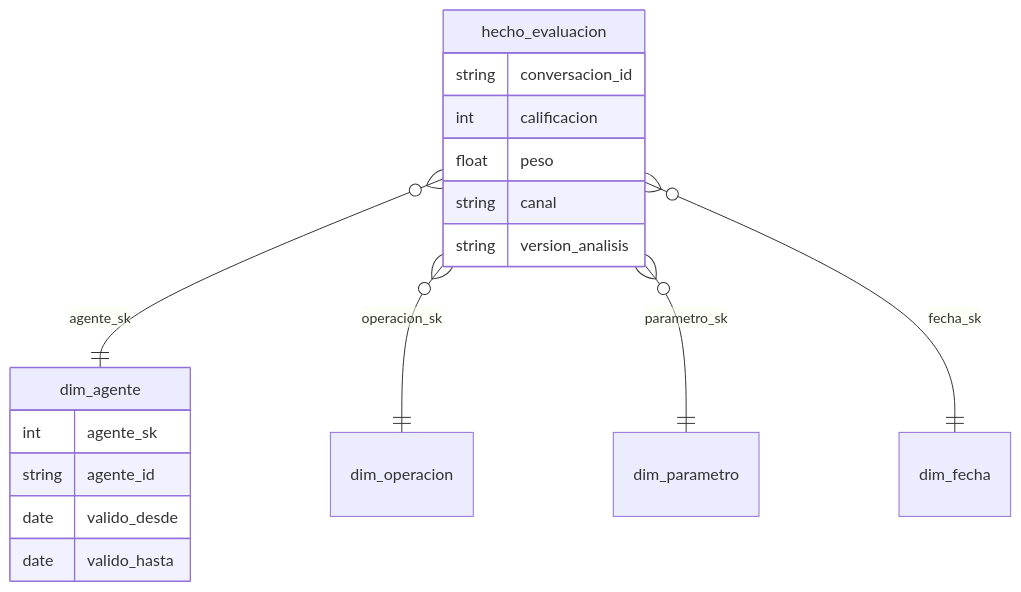
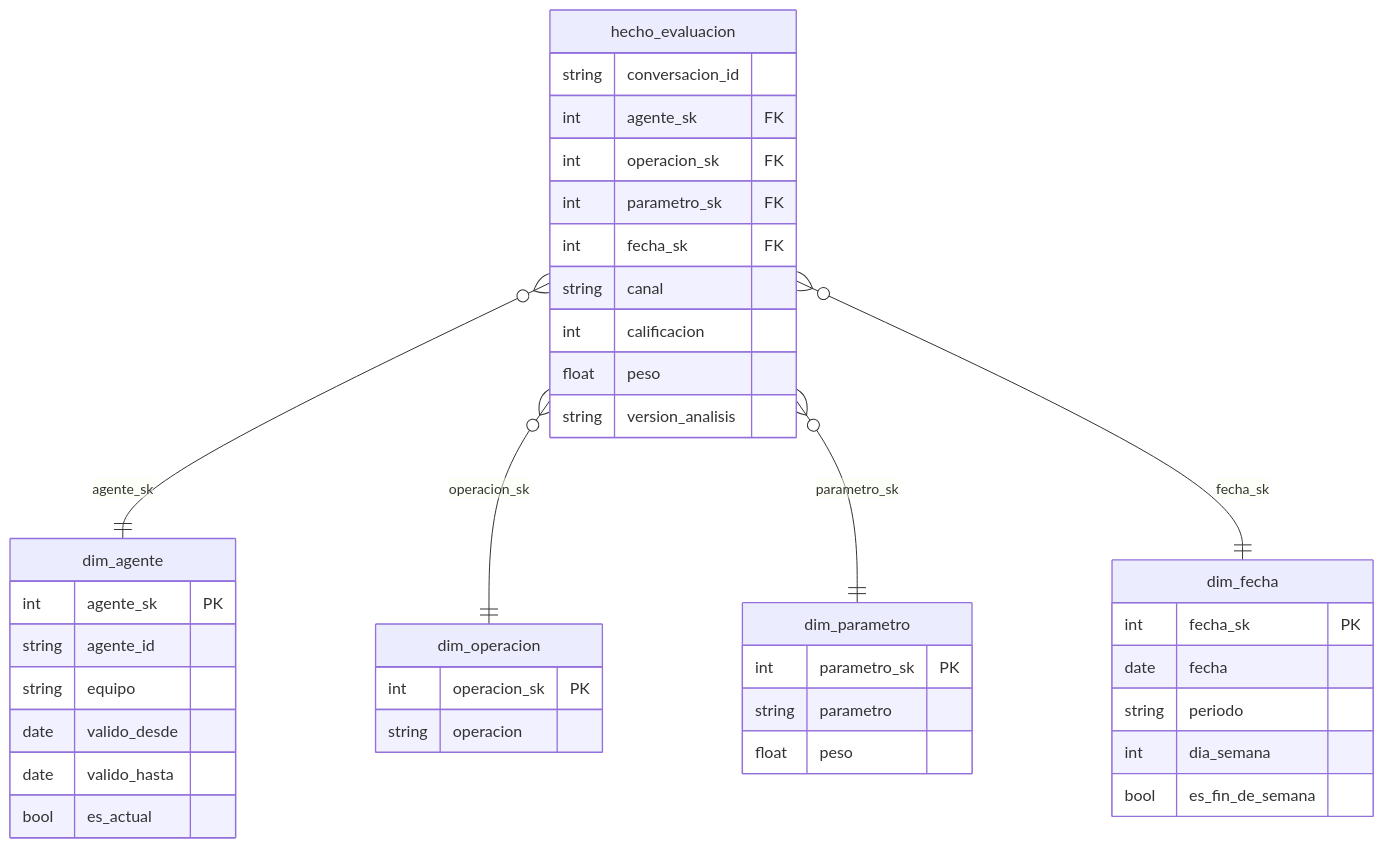
The fourth of 4 diagrams in docs/02-datos-y-almacenamiento.md (fyamith01/analisis-llamadas-ia_exhibicion), drawn with Mermaid before and after one commit. The commit also changed other lines of this file and 4 other files, not shown here.

````diff
--- a/docs/02-datos-y-almacenamiento.md
+++ b/docs/02-datos-y-almacenamiento.md
@@ -132,20 +132,42 @@
 ```mermaid
 erDiagram
     hecho_evaluacion }o--|| dim_agente : agente_sk
     hecho_evaluacion }o--|| dim_operacion : operacion_sk
     hecho_evaluacion }o--|| dim_parametro : parametro_sk
     hecho_evaluacion }o--|| dim_fecha : fecha_sk
     hecho_evaluacion {
         string conversacion_id
+        int agente_sk FK
+        int operacion_sk FK
+        int parametro_sk FK
+        int fecha_sk FK
+        string canal
         int calificacion
         float peso
-        string canal
         string version_analisis
     }
     dim_agente {
-        int agente_sk
+        int agente_sk PK
         string agente_id
+        string equipo
         date valido_desde
         date valido_hasta
+        bool es_actual
+    }
+    dim_fecha {
+        int fecha_sk PK
+        date fecha
+        string periodo
+        int dia_semana
+        bool es_fin_de_semana
+    }
+    dim_parametro {
+        int parametro_sk PK
+        string parametro
+        float peso
+    }
+    dim_operacion {
+        int operacion_sk PK
+        string operacion
     }
 ```
````
